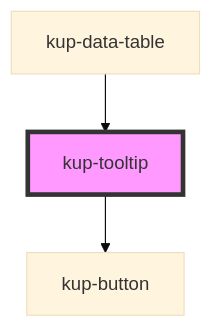
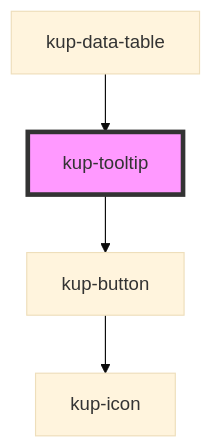
Before and after one commit to smeup/ketchup: the diagram in packages/ketchup/src/components/kup-tooltip/readme.md, drawn with Mermaid (base theme). The commit also changed 60 other files, not shown here.

Commit message:
wup icon > kup icon. Fixes to showcase. Regen of readme files.

````diff
--- a/packages/ketchup/src/components/kup-tooltip/readme.md
+++ b/packages/ketchup/src/components/kup-tooltip/readme.md
@@ -40,6 +40,7 @@
 ```mermaid
 graph TD;
   kup-tooltip --> kup-button
+  kup-button --> kup-icon
   kup-data-table --> kup-tooltip
   style kup-tooltip fill:#f9f,stroke:#333,stroke-width:4px
 ```
````
